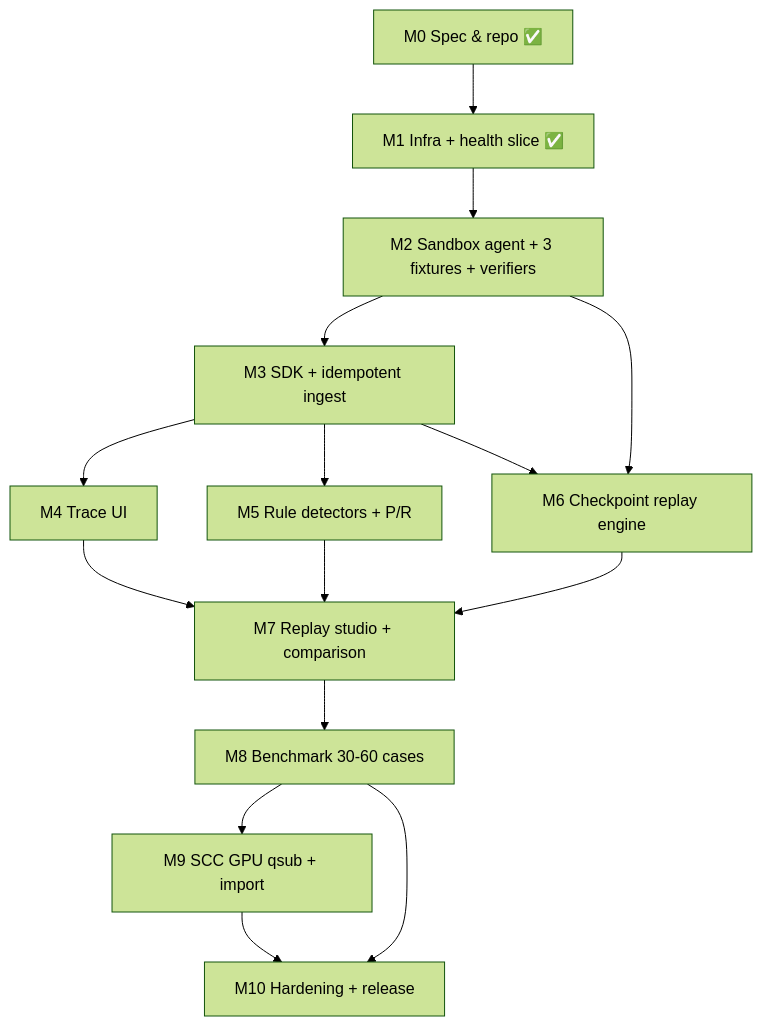
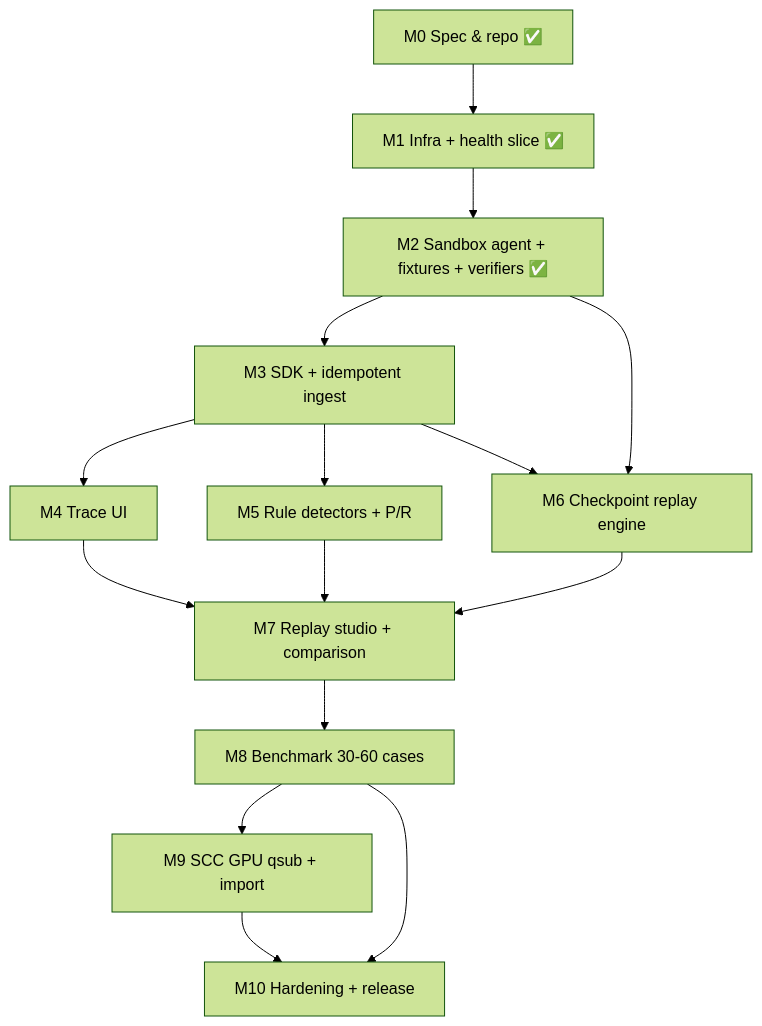
Before and after one commit to Kaushik2AI/agent-blackbox: the third of 3 diagrams in docs/architecture.md, drawn with Mermaid (forest theme). The commit also changed other lines of this file and 28 other files, not shown here.

Commit message:
M2: sandboxed support agent, 5 fixtures, ground-truth verifiers

````diff
--- a/docs/architecture.md
+++ b/docs/architecture.md
@@ -89,17 +89,17 @@
 ```mermaid
 flowchart TD
   M0[M0 Spec & repo ✅] --> M1[M1 Infra + health slice ✅]
-  M1 --> M2[M2 Sandbox agent + 3 fixtures + verifiers]
+  M1 --> M2[M2 Sandbox agent + fixtures + verifiers ✅]
   M2 --> M3[M3 SDK + idempotent ingest]
   M3 --> M4[M4 Trace UI]
   M3 --> M5[M5 Rule detectors + P/R]
   M2 --> M6[M6 Checkpoint replay engine]
   M3 --> M6
   M4 --> M7[M7 Replay studio + comparison]
   M5 --> M7
   M6 --> M7
   M7 --> M8[M8 Benchmark 30-60 cases]
   M8 --> M9[M9 SCC GPU qsub + import]
   M8 --> M10[M10 Hardening + release]
   M9 --> M10
 ```
````
